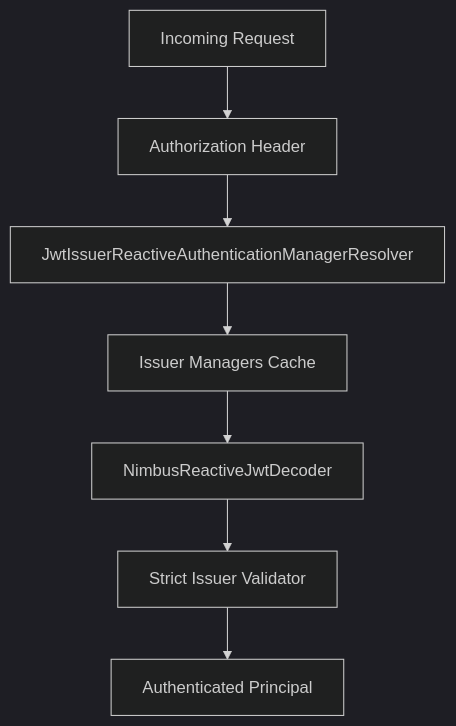
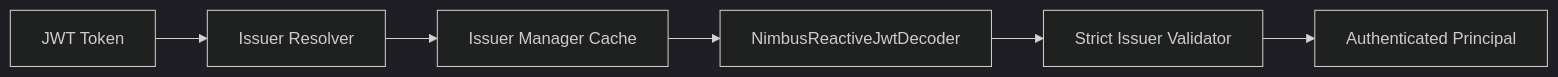
Before and after one commit to flamingo-stack/openframe-oss-lib: the third of 8 diagrams in docs/reference/architecture/gateway-service-core/gateway-service-core.md, drawn with Mermaid (dark theme). The commit also changed other lines of this file and 172 other files, not shown here.

````diff
--- a/docs/reference/architecture/gateway-service-core/gateway-service-core.md
+++ b/docs/reference/architecture/gateway-service-core/gateway-service-core.md
@@ -218,9 +80,8 @@
 ```mermaid
-flowchart TD
-    Request["Incoming Request"] --> AuthHeader["Authorization Header"]
-    AuthHeader --> Resolver["JwtIssuerReactiveAuthenticationManagerResolver"]
-    Resolver --> Cache["Issuer Managers Cache"]
-    Cache --> JwtDecoder["NimbusReactiveJwtDecoder"]
-    JwtDecoder --> Validator["Strict Issuer Validator"]
-    Validator --> SecurityContext["Authenticated Principal"]
+flowchart LR
+    Token["JWT Token"] --> Resolver["Issuer Resolver"]
+    Resolver --> Cache["Issuer Manager Cache"]
+    Cache --> Decoder["NimbusReactiveJwtDecoder"]
+    Decoder --> Validator["Strict Issuer Validator"]
+    Validator --> Authenticated["Authenticated Principal"]
 ```
````
